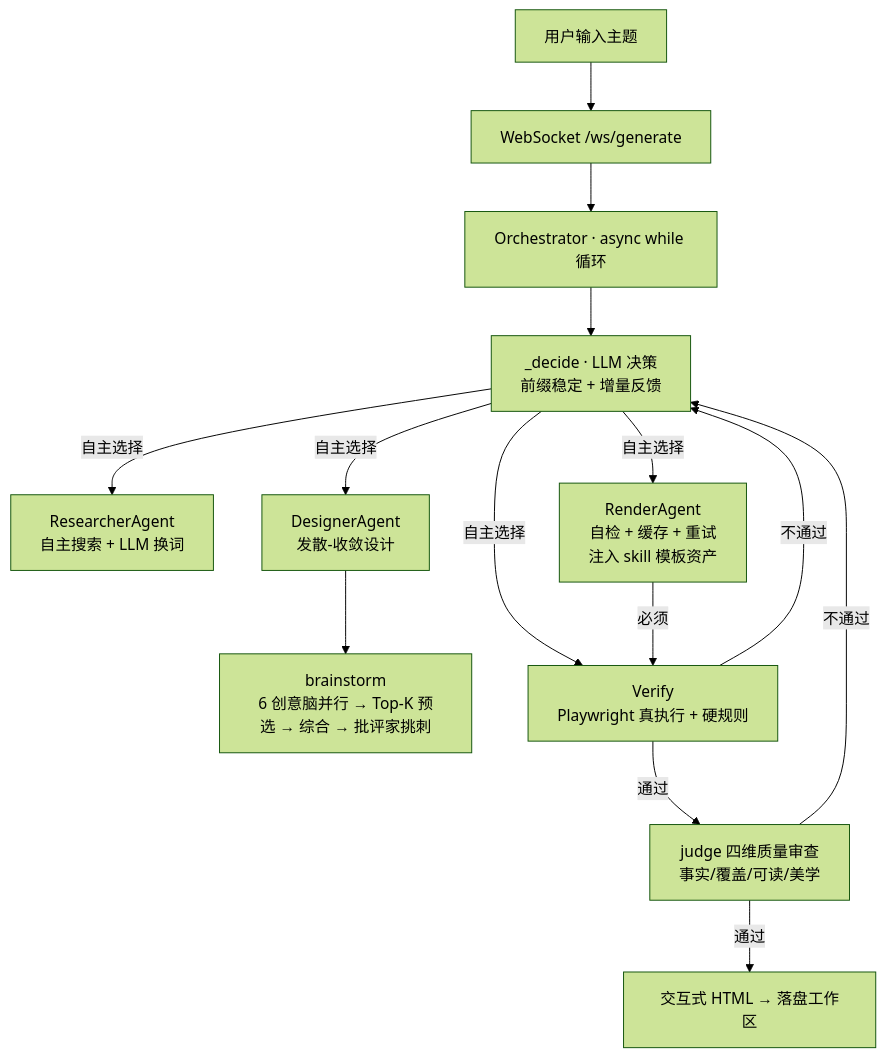
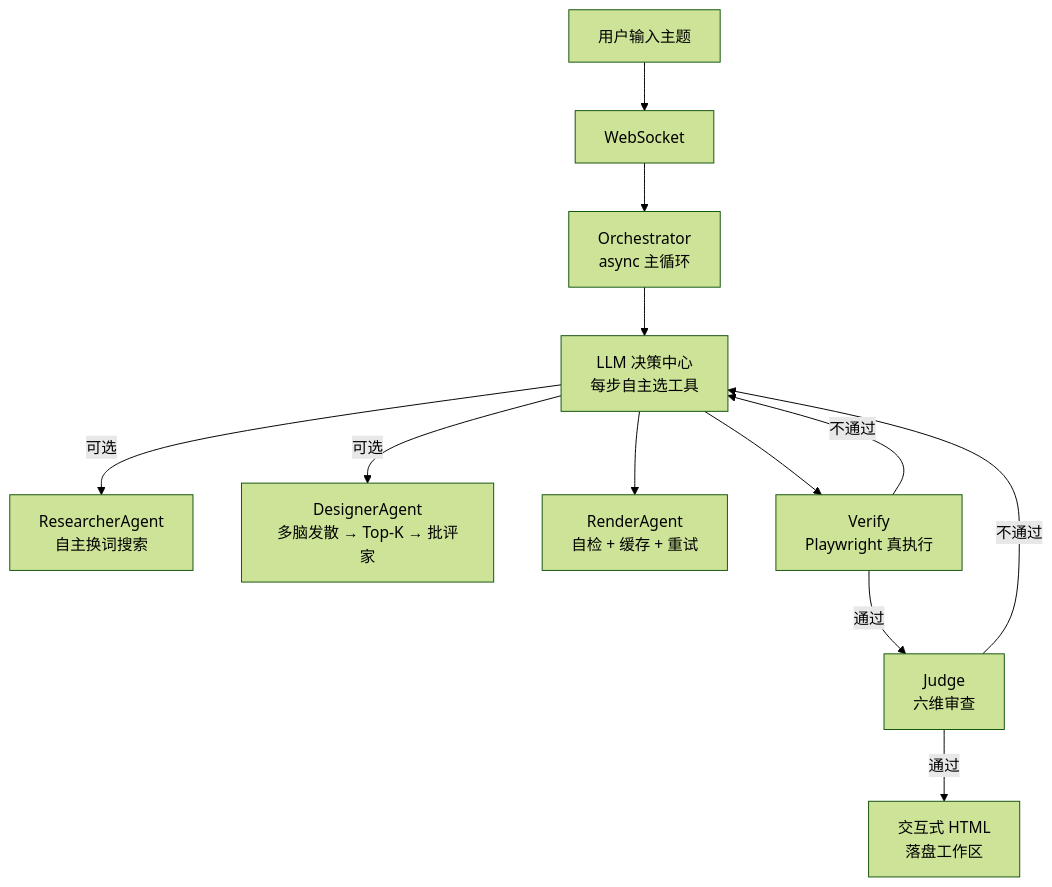
One commit to hfujw/ai-native-workflow changed the diagram in README.md. Above: the diagram before and after it, drawn with Mermaid (forest theme). The commit also changed other lines of this file, not shown here.

````diff
--- a/README.md
+++ b/README.md
@@ -103,16 +70,14 @@
 ```mermaid
 flowchart TD
-    U[用户输入主题] --> WS[WebSocket /ws/generate]
-    WS --> O[Orchestrator · async while 循环]
-    O --> D[_decide · LLM 决策<br/>前缀稳定 + 增量反馈]
-    D -->|自主选择| S[ResearcherAgent<br/>自主搜索 + LLM 换词]
-    D -->|自主选择| DE[DesignerAgent<br/>发散-收敛设计]
-    DE --> B[brainstorm<br/>6 创意脑并行 → Top-K 预选 → 综合 → 批评家挑刺]
-    D -->|自主选择| R[RenderAgent<br/>自检 + 缓存 + 重试<br/>注入 skill 模板资产]
-    D -->|自主选择| V[Verify<br/>Playwright 真执行 + 硬规则]
-    V -->|通过| J[judge 四维质量审查<br/>事实/覆盖/可读/美学]
-    J -->|通过| HTML[交互式 HTML → 落盘工作区]
+    U[用户输入主题] --> WS[WebSocket]
+    WS --> O[Orchestrator<br/>async 主循环]
+    O --> D[LLM 决策中心<br/>每步自主选工具]
+    D -->|可选| S[ResearcherAgent<br/>自主换词搜索]
+    D -->|可选| DE[DesignerAgent<br/>多脑发散 → Top-K → 批评家]
+    D --> R[RenderAgent<br/>自检 + 缓存 + 重试]
+    D --> V[Verify<br/>Playwright 真执行]
+    V -->|通过| J[Judge<br/>六维审查]
+    J -->|通过| OUT[交互式 HTML<br/>落盘工作区]
+    V -->|不通过| D
     J -->|不通过| D
-    V -->|不通过| D
-    R -->|必须| V
 ```
````
